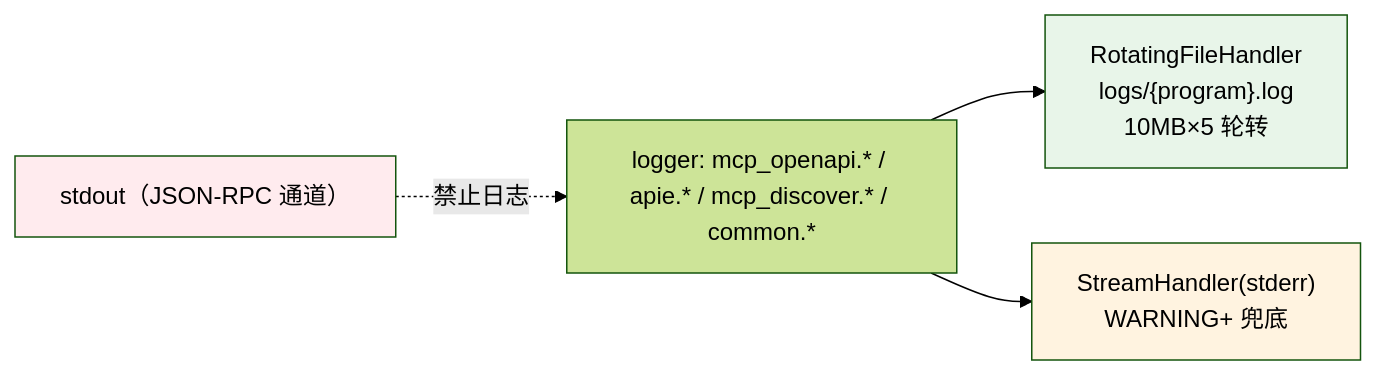
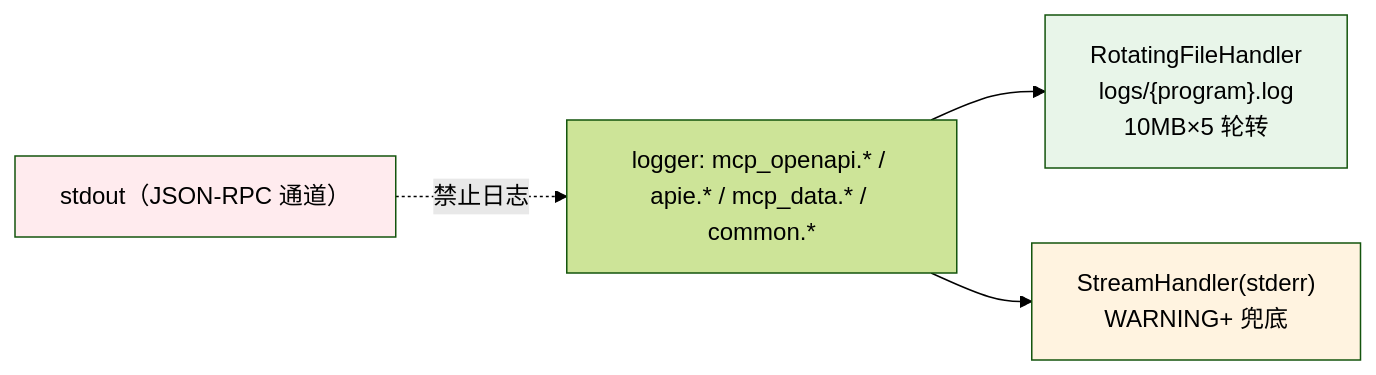
One commit to huaweicloud-mate/huaweicloud-open-mcp changed the third of 3 diagrams in docs/architecture.md. Above: the diagram before and after it, drawn with Mermaid (forest theme). The commit also changed other lines of this file and 8 other files, not shown here.

````diff
--- a/docs/architecture.md
+++ b/docs/architecture.md
@@ -141,10 +132,10 @@
 ```mermaid
 flowchart LR
-    A["logger: mcp_openapi.* / apie.* / mcp_discover.* / common.*"] --> B["RotatingFileHandler<br/>logs/{program}.log<br/>10MB×5 轮转"]
+    A["logger: mcp_openapi.* / apie.* / mcp_data.* / common.*"] --> B["RotatingFileHandler<br/>logs/{program}.log<br/>10MB×5 轮转"]
     A --> C["StreamHandler(stderr)<br/>WARNING+ 兜底"]
     D["stdout（JSON-RPC 通道）"] -. "禁止日志" .-> A
 
     style B fill:#e8f5e9
     style C fill:#fff3e0
     style D fill:#ffebee
 ```
````
